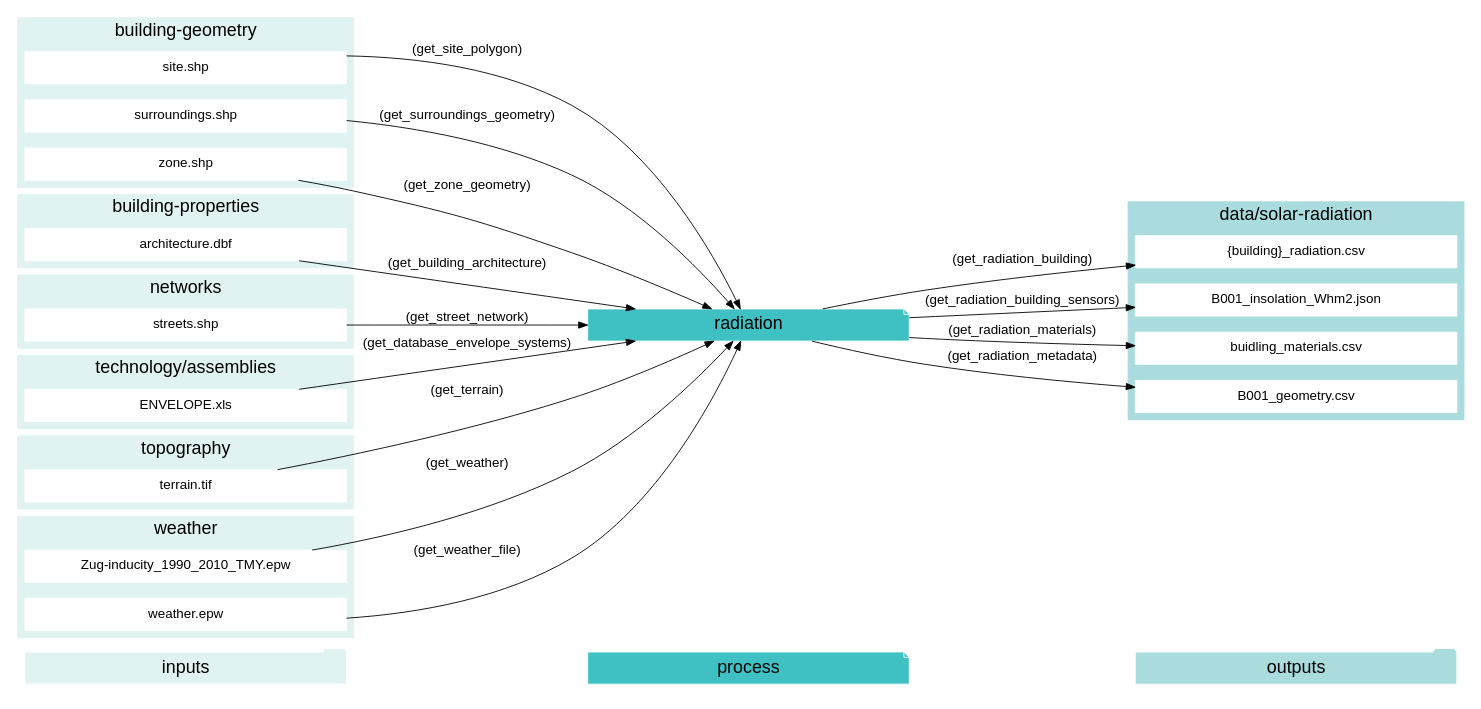
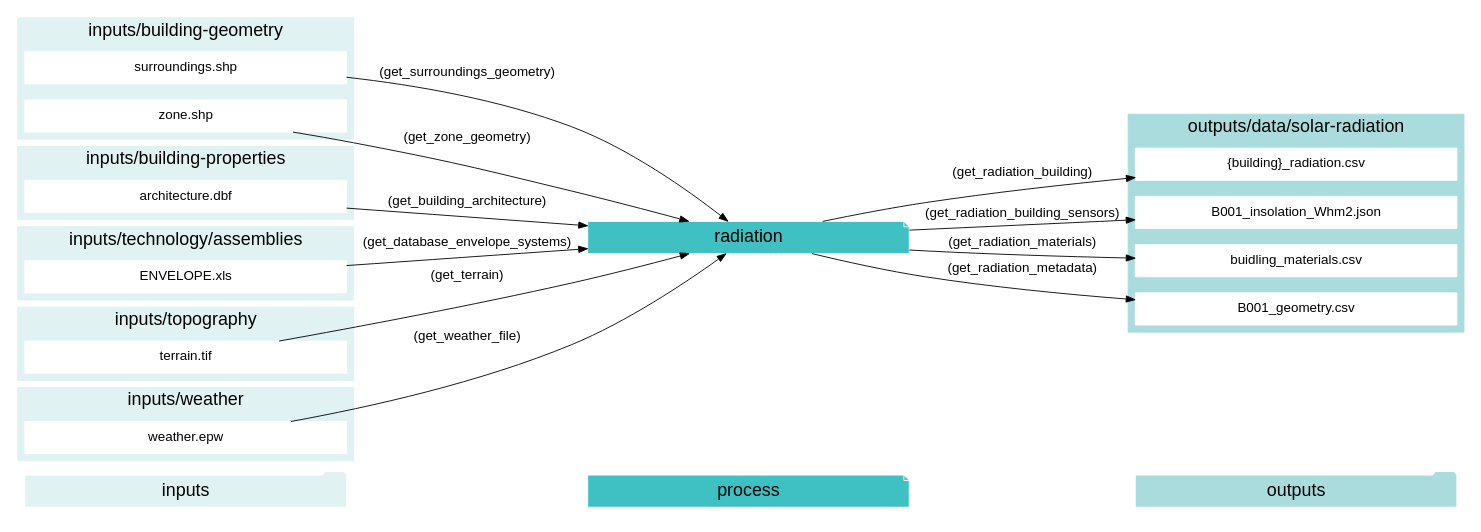
Before and after one commit to architecture-building-systems/CityEnergyAnalyst: the fourth of 23 diagrams in docs/script-data-flow.rst, drawn with Graphviz. The commit also changed other lines of this file and 25 other files, not shown here.

Commit message:
cleaning up cea-doc graphviz

```diff
--- a/docs/script-data-flow.rst
+++ b/docs/script-data-flow.rst
@@ -320,6 +232,6 @@
 .. graphviz::
 
-    digraph trace_inputlocator {
+    digraph radiation {
     rankdir="LR";
     graph [overlap=false, fontname=arial];
     node [shape=box, style=filled, color=white, fontsize=15, fontname=arial, fixedsize=true, width=5];
@@ -340,8 +252,7 @@
         color = "#E1F2F2";
         fontsize = 20;
         rank=same;
-        label="building-geometry";
-        "site.shp"
+        label="inputs/building-geometry";
         "surroundings.shp"
         "zone.shp"
     }
@@ -350,60 +261,48 @@
         color = "#E1F2F2";
         fontsize = 20;
         rank=same;
-        label="building-properties";
+        label="inputs/building-properties";
         "architecture.dbf"
     }
-    subgraph cluster_2_out {
+    subgraph cluster_2_in {
         style = filled;
-        color = "#aadcdd";
+        color = "#E1F2F2";
         fontsize = 20;
         rank=same;
-        label="data/solar-radiation";
-        "{building}_radiation.csv"
-        "B001_insolation_Whm2.json"
-        "buidling_materials.csv"
-        "B001_geometry.csv"
+        label="inputs/technology/assemblies";
+        "ENVELOPE.xls"
     }
     subgraph cluster_3_in {
         style = filled;
         color = "#E1F2F2";
         fontsize = 20;
         rank=same;
-        label="networks";
-        "streets.shp"
+        label="inputs/topography";
+        "terrain.tif"
     }
     subgraph cluster_4_in {
         style = filled;
         color = "#E1F2F2";
         fontsize = 20;
         rank=same;
-        label="technology/assemblies";
-        "ENVELOPE.xls"
+        label="inputs/weather";
+        "weather.epw"
     }
-    subgraph cluster_5_in {
+    subgraph cluster_5_out {
         style = filled;
-        color = "#E1F2F2";
+        color = "#aadcdd";
         fontsize = 20;
         rank=same;
-        label="topography";
-        "terrain.tif"
-    }
-    subgraph cluster_6_in {
-        style = filled;
-        color = "#E1F2F2";
-        fontsize = 20;
-        rank=same;
-        label="weather";
-        "Zug-inducity_1990_2010_TMY.epw"
-        "weather.epw"
+        label="outputs/data/solar-radiation";
+        "{building}_radiation.csv"
+        "B001_insolation_Whm2.json"
+        "buidling_materials.csv"
+        "B001_geometry.csv"
     }
     "architecture.dbf" -> "radiation"[label="(get_building_architecture)"]
     "ENVELOPE.xls" -> "radiation"[label="(get_database_envelope_systems)"]
-    "site.shp" -> "radiation"[label="(get_site_polygon)"]
-    "streets.shp" -> "radiation"[label="(get_street_network)"]
     "surroundings.shp" -> "radiation"[label="(get_surroundings_geometry)"]
     "terrain.tif" -> "radiation"[label="(get_terrain)"]
-    "Zug-inducity_1990_2010_TMY.epw" -> "radiation"[label="(get_weather)"]
     "weather.epw" -> "radiation"[label="(get_weather_file)"]
     "zone.shp" -> "radiation"[label="(get_zone_geometry)"]
     "radiation" -> "{building}_radiation.csv"[label="(get_radiation_building)"]
```
